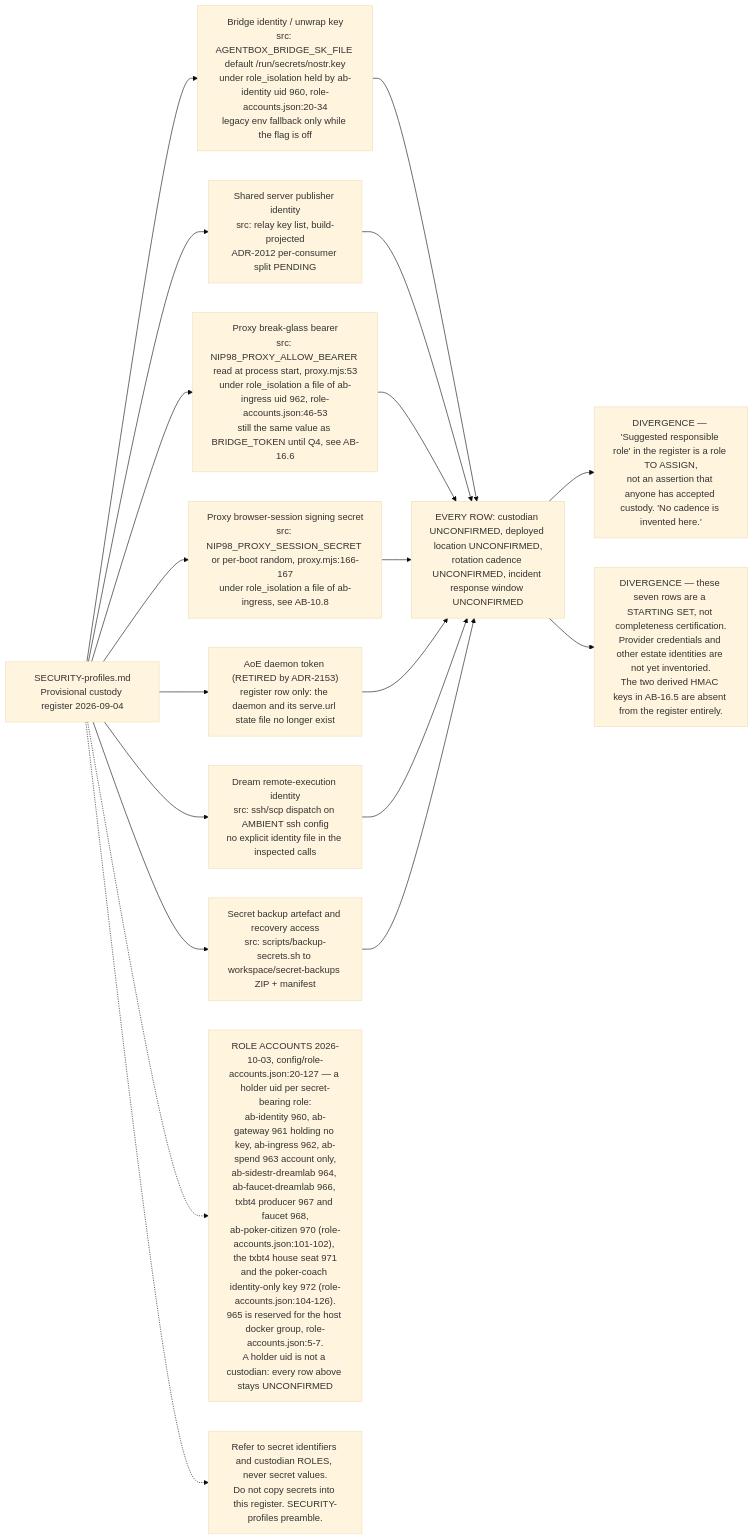
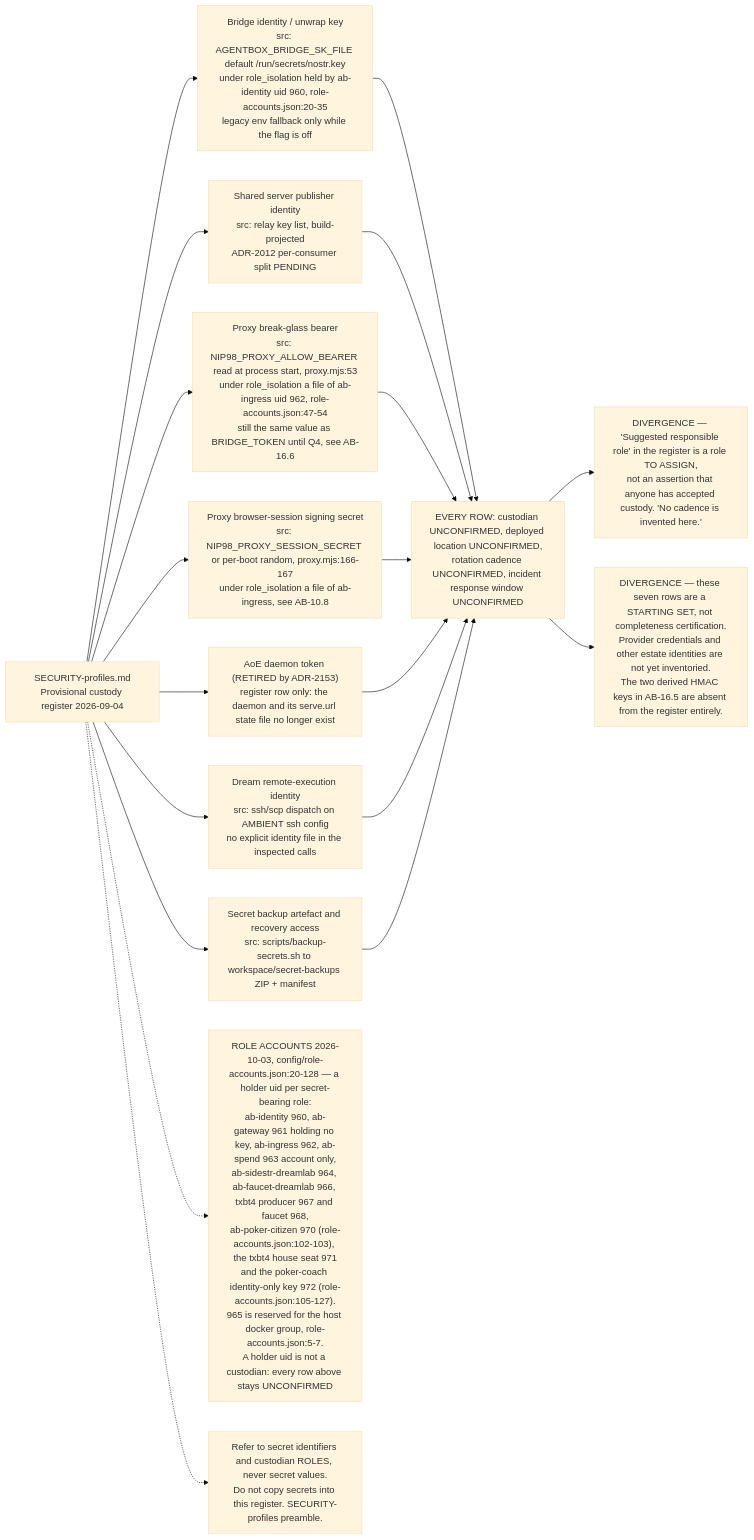
The ninth of 14 diagrams in docs/diagrams/agentbox/16-secrets-custody-seccomp-profiles.md (DreamLab-AI/VisionFlow), drawn with Mermaid (base theme) before and after one commit. The commit also changed other lines of this file and 36 other files, not shown here.

First line of the commit message:
docs(diagrams): re-derive and re-stamp agentbox, dream-engine, visioncraft, visiontouch and vowl topics; drop LAN addresses

````diff
--- a/docs/diagrams/agentbox/16-secrets-custody-seccomp-profiles.md
+++ b/docs/diagrams/agentbox/16-secrets-custody-seccomp-profiles.md
@@ -359,22 +370,22 @@
 ```mermaid
 flowchart LR
     R["SECURITY-profiles.md<br/>Provisional custody register 2026-09-04"]
-    R --> C1["Bridge identity / unwrap key<br/>src: AGENTBOX_BRIDGE_SK_FILE default /run/secrets/nostr.key<br/>under role_isolation held by ab-identity uid 960, role-accounts.json:20-34<br/>legacy env fallback only while the flag is off"]
+    R --> C1["Bridge identity / unwrap key<br/>src: AGENTBOX_BRIDGE_SK_FILE default /run/secrets/nostr.key<br/>under role_isolation held by ab-identity uid 960, role-accounts.json:20-35<br/>legacy env fallback only while the flag is off"]
     R --> C2["Shared server publisher identity<br/>src: relay key list, build-projected<br/>ADR-2012 per-consumer split PENDING"]
-    R --> C3["Proxy break-glass bearer<br/>src: NIP98_PROXY_ALLOW_BEARER read at process start, proxy.mjs:53<br/>under role_isolation a file of ab-ingress uid 962, role-accounts.json:46-53<br/>still the same value as BRIDGE_TOKEN until Q4, see AB-16.6"]
+    R --> C3["Proxy break-glass bearer<br/>src: NIP98_PROXY_ALLOW_BEARER read at process start, proxy.mjs:53<br/>under role_isolation a file of ab-ingress uid 962, role-accounts.json:47-54<br/>still the same value as BRIDGE_TOKEN until Q4, see AB-16.6"]
     R --> C4["Proxy browser-session signing secret<br/>src: NIP98_PROXY_SESSION_SECRET or per-boot random, proxy.mjs:166-167<br/>under role_isolation a file of ab-ingress, see AB-10.8"]
     R --> C5["AoE daemon token (RETIRED by ADR-2153)<br/>register row only: the daemon and its serve.url state file no longer exist"]
     R --> C6["Dream remote-execution identity<br/>src: ssh/scp dispatch on AMBIENT ssh config<br/>no explicit identity file in the inspected calls"]
     R --> C7["Secret backup artefact and recovery access<br/>src: scripts/backup-secrets.sh to workspace/secret-backups ZIP + manifest"]
     C1 --> U["EVERY ROW: custodian UNCONFIRMED, deployed location UNCONFIRMED,<br/>rotation cadence UNCONFIRMED, incident response window UNCONFIRMED"]
     C2 --> U
     C3 --> U
     C4 --> U
     C5 --> U
     C6 --> U
     C7 --> U
     U --> N1["DIVERGENCE — 'Suggested responsible role' in the register is a role TO ASSIGN,<br/>not an assertion that anyone has accepted custody. 'No cadence is invented here.'"]
     U --> N2["DIVERGENCE — these seven rows are a STARTING SET, not completeness certification.<br/>Provider credentials and other estate identities are not yet inventoried.<br/>The two derived HMAC keys in AB-16.5 are absent from the register entirely."]
-    R -.-> N4["ROLE ACCOUNTS 2026-10-03, config/role-accounts.json:20-127 — a holder uid per secret-bearing role:<br/>ab-identity 960, ab-gateway 961 holding no key, ab-ingress 962, ab-spend 963 account only,<br/>ab-sidestr-dreamlab 964, ab-faucet-dreamlab 966, txbt4 producer 967 and faucet 968,<br/>ab-poker-citizen 970 (role-accounts.json:101-102), the txbt4 house seat 971<br/>and the poker-coach identity-only key 972 (role-accounts.json:104-126).<br/>965 is reserved for the host docker group, role-accounts.json:5-7.<br/>A holder uid is not a custodian: every row above stays UNCONFIRMED"]
+    R -.-> N4["ROLE ACCOUNTS 2026-10-03, config/role-accounts.json:20-128 — a holder uid per secret-bearing role:<br/>ab-identity 960, ab-gateway 961 holding no key, ab-ingress 962, ab-spend 963 account only,<br/>ab-sidestr-dreamlab 964, ab-faucet-dreamlab 966, txbt4 producer 967 and faucet 968,<br/>ab-poker-citizen 970 (role-accounts.json:102-103), the txbt4 house seat 971<br/>and the poker-coach identity-only key 972 (role-accounts.json:105-127).<br/>965 is reserved for the host docker group, role-accounts.json:5-7.<br/>A holder uid is not a custodian: every row above stays UNCONFIRMED"]
     R -.-> N3["Refer to secret identifiers and custodian ROLES, never secret values.<br/>Do not copy secrets into this register. SECURITY-profiles preamble."]
 ```
````
